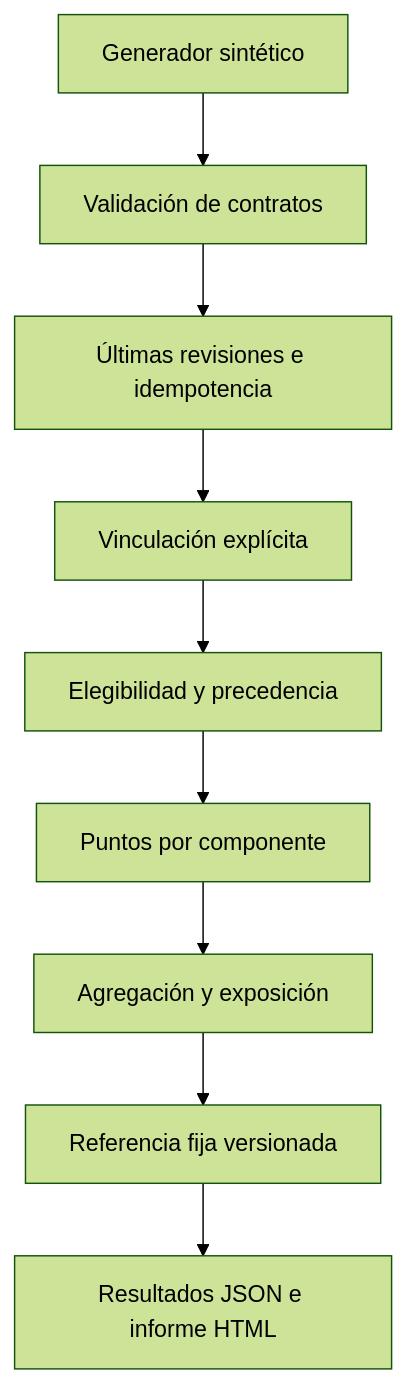
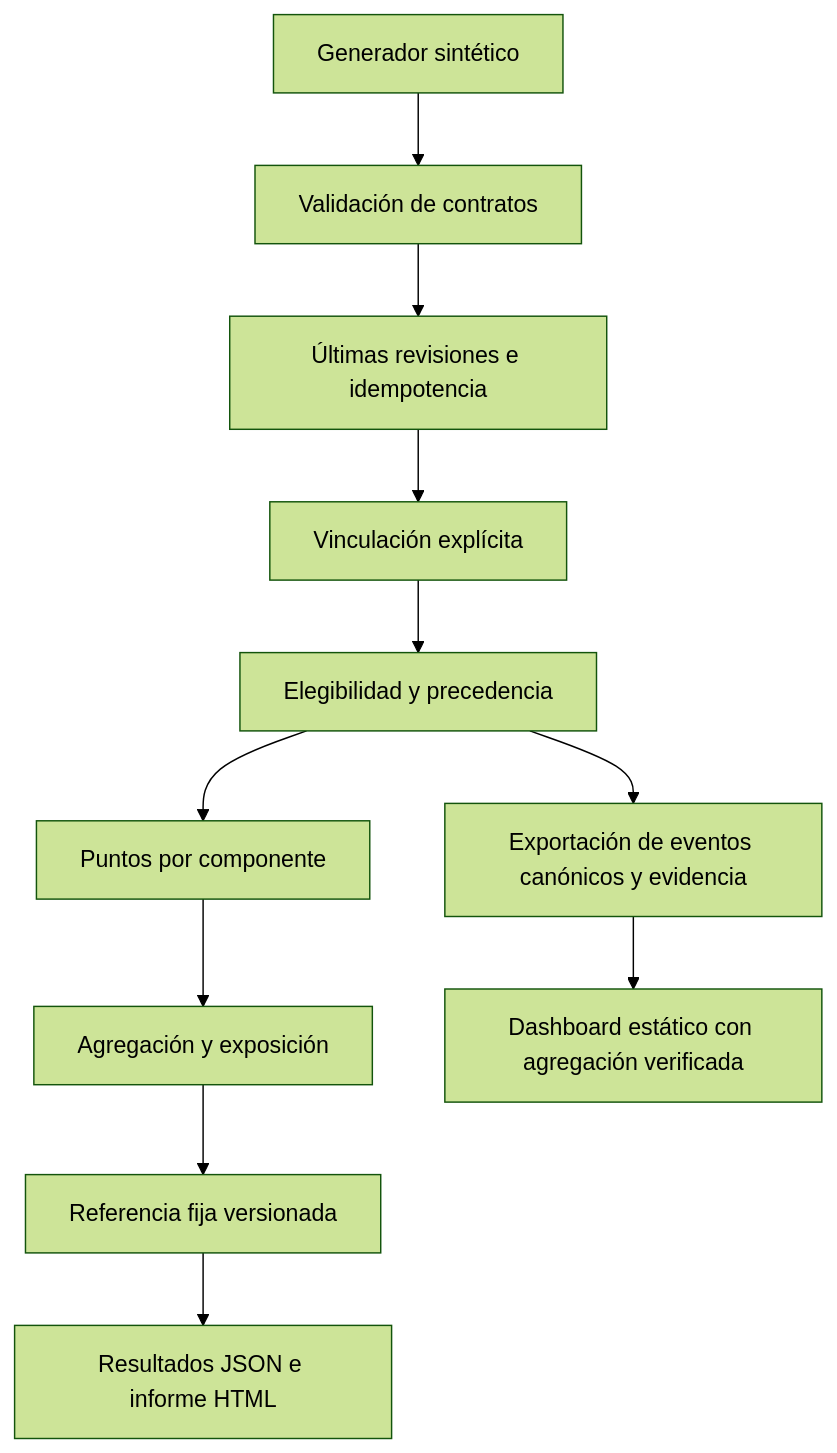
The diagram in docs/architecture.md (dekelmordejai/operational-conduct-index), drawn with Mermaid (forest theme) before and after one commit. The commit also changed other lines of this file and 22 other files, not shown here.

````diff
--- a/docs/architecture.md
+++ b/docs/architecture.md
@@ -5,11 +5,13 @@
 ```mermaid
 flowchart TD
     A[Generador sintético] --> B[Validación de contratos]
     B --> C[Últimas revisiones e idempotencia]
     C --> D[Vinculación explícita]
     D --> E[Elegibilidad y precedencia]
     E --> F[Puntos por componente]
     F --> G[Agregación y exposición]
     G --> H[Referencia fija versionada]
     H --> I[Resultados JSON e informe HTML]
+    E --> J[Exportación de eventos canónicos y evidencia]
+    J --> K[Dashboard estático con agregación verificada]
 ```
````
